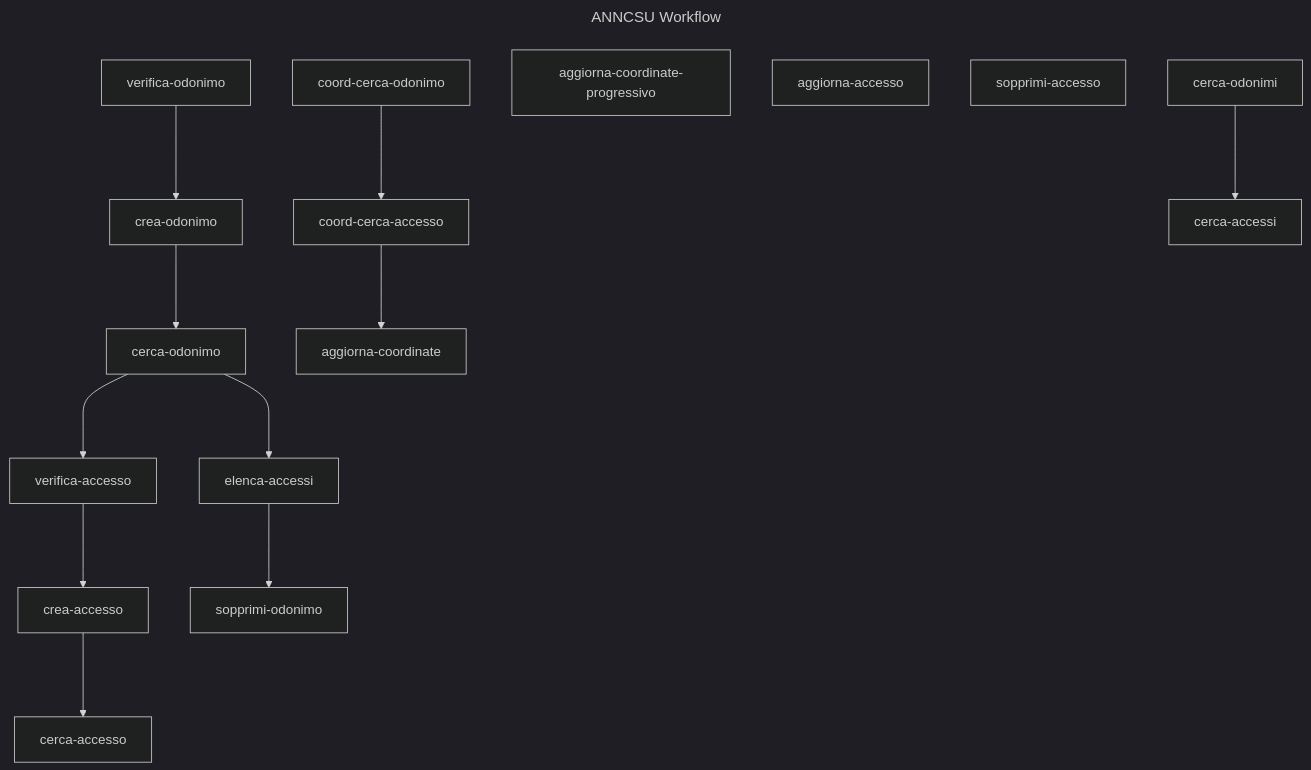
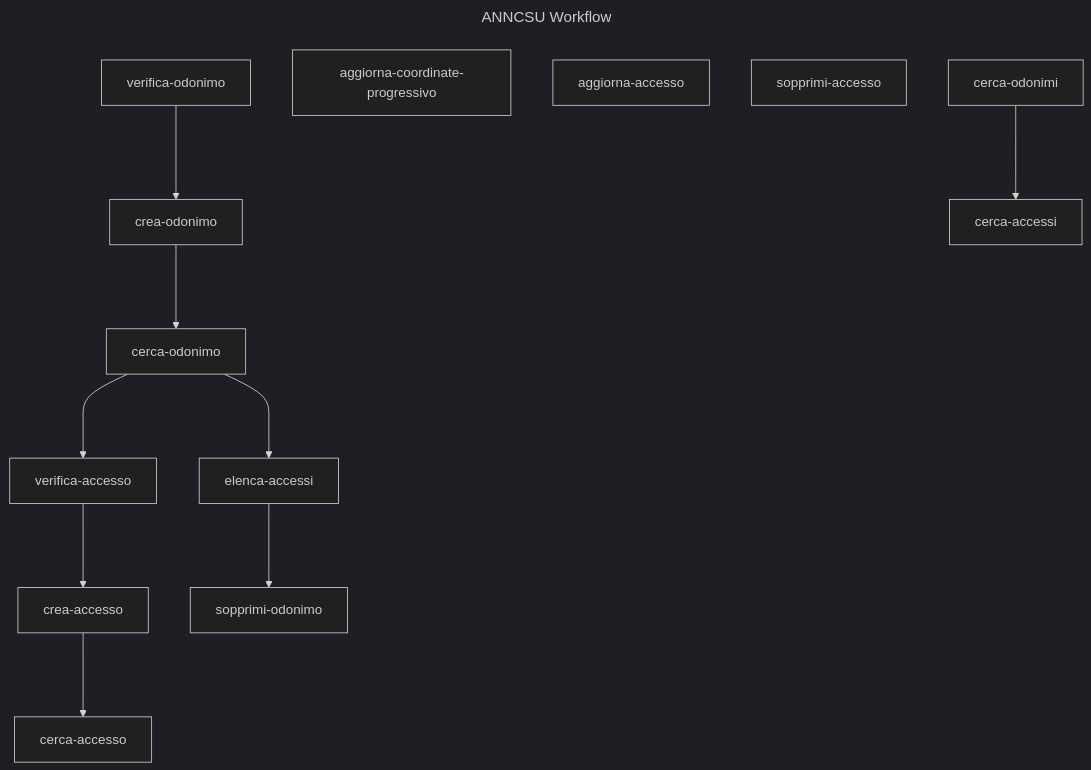
Before and after one commit to anncsu-open/anncsu-workflow-api: the diagram in docs/workflows.md, drawn with Mermaid (dark theme). The commit also changed other lines of this file and 14 other files, not shown here.

````diff
--- a/docs/workflows.md
+++ b/docs/workflows.md
@@ -9,33 +9,28 @@
 ```mermaid
 ---
 title: ANNCSU Workflow
 ---
 graph TD
 verifica_odonimo["verifica-odonimo"]
 crea_odonimo["crea-odonimo"]
 cerca_odonimo["cerca-odonimo"]
 verifica_accesso["verifica-accesso"]
 crea_accesso["crea-accesso"]
 cerca_accesso["cerca-accesso"]
-coord_cerca_odonimo["coord-cerca-odonimo"]
-coord_cerca_accesso["coord-cerca-accesso"]
-aggiorna_coordinate["aggiorna-coordinate"]
 aggiorna_coordinate_progressivo["aggiorna-coordinate-progressivo"]
 aggiorna_accesso["aggiorna-accesso"]
 cerca_odonimo["cerca-odonimo"]
 elenca_accessi["elenca-accessi"]
 sopprimi_odonimo["sopprimi-odonimo"]
 sopprimi_accesso["sopprimi-accesso"]
 cerca_odonimi["cerca-odonimi"]
 cerca_accessi["cerca-accessi"]
 verifica_odonimo ---> crea_odonimo
 crea_odonimo ---> cerca_odonimo
 cerca_odonimo ---> verifica_accesso
 verifica_accesso ---> crea_accesso
 crea_accesso ---> cerca_accesso
-coord_cerca_odonimo ---> coord_cerca_accesso
-coord_cerca_accesso ---> aggiorna_coordinate
 cerca_odonimo ---> elenca_accessi
 elenca_accessi ---> sopprimi_odonimo
 cerca_odonimi ---> cerca_accessi
 ```
````
